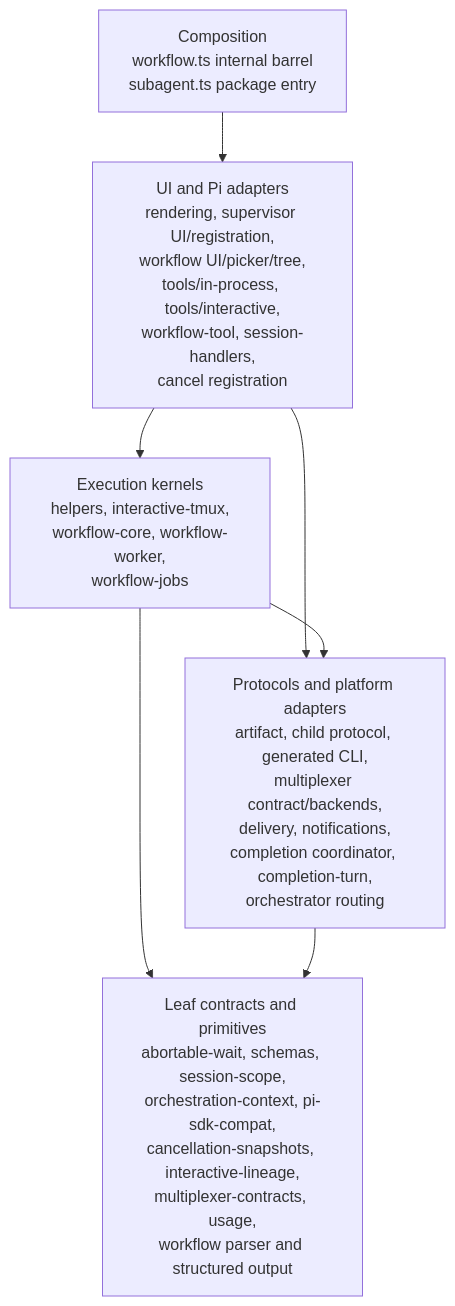
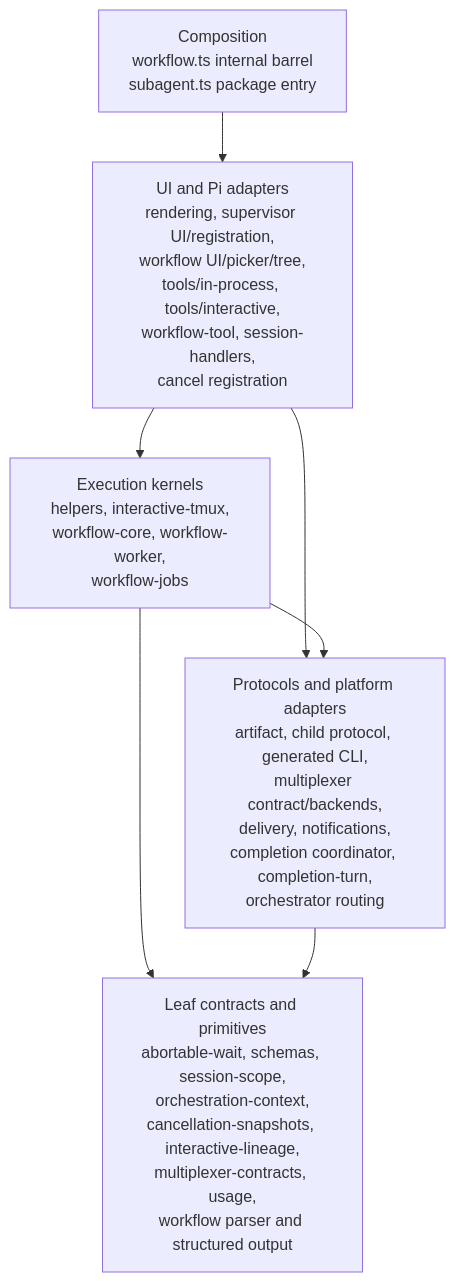
Before and after one commit to lmn451/pi-subagentura: the second of 8 diagrams in architecture.md, drawn with Mermaid. The commit also changed other lines of this file and 60 other files, not shown here.

````diff
--- a/architecture.md
+++ b/architecture.md
@@ -243,39 +252,39 @@
 ```mermaid
 flowchart TB
   L0[Leaf contracts and primitives
 abortable-wait, schemas, session-scope,
-orchestration-context, pi-sdk-compat,
+orchestration-context,
 cancellation-snapshots, interactive-lineage,
 multiplexer-contracts, usage,
 workflow parser and structured output]
 
   L1[Protocols and platform adapters
 artifact, child protocol, generated CLI,
 multiplexer contract/backends,
 delivery, notifications,
 completion coordinator, completion-turn,
 orchestrator routing]
 
   L2[Execution kernels
 helpers, interactive-tmux,
 workflow-core, workflow-worker,
 workflow-jobs]
 
   L3[UI and Pi adapters
 rendering, supervisor UI/registration,
 workflow UI/picker/tree,
 tools/in-process, tools/interactive,
 workflow-tool, session-handlers,
 cancel registration]
 
   L4[Composition
 workflow.ts internal barrel
 subagent.ts package entry]
 
   L4 --> L3
   L3 --> L2
   L3 --> L1
   L2 --> L1
   L2 --> L0
   L1 --> L0
 ```
````
